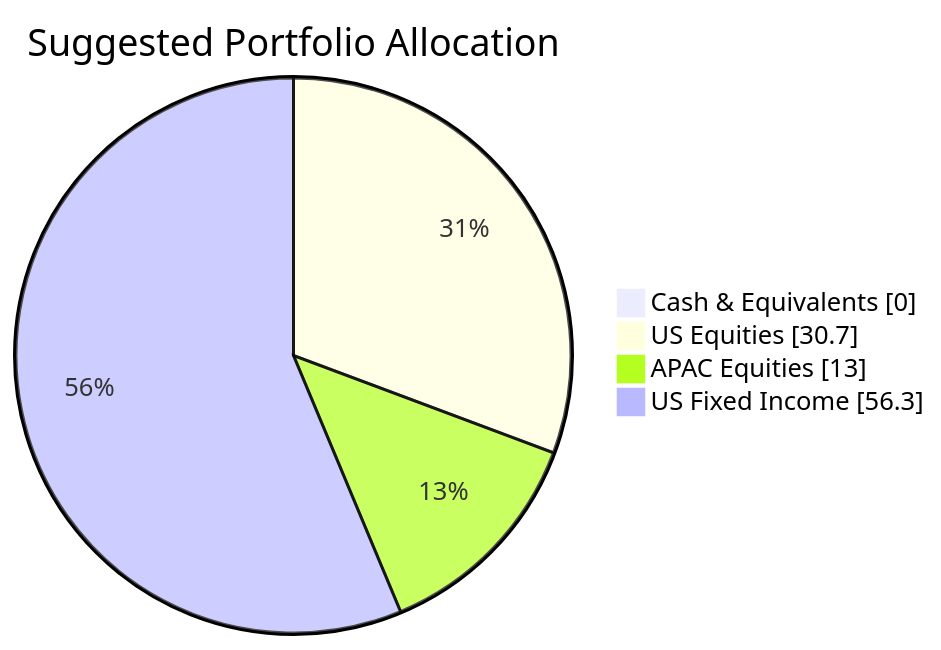
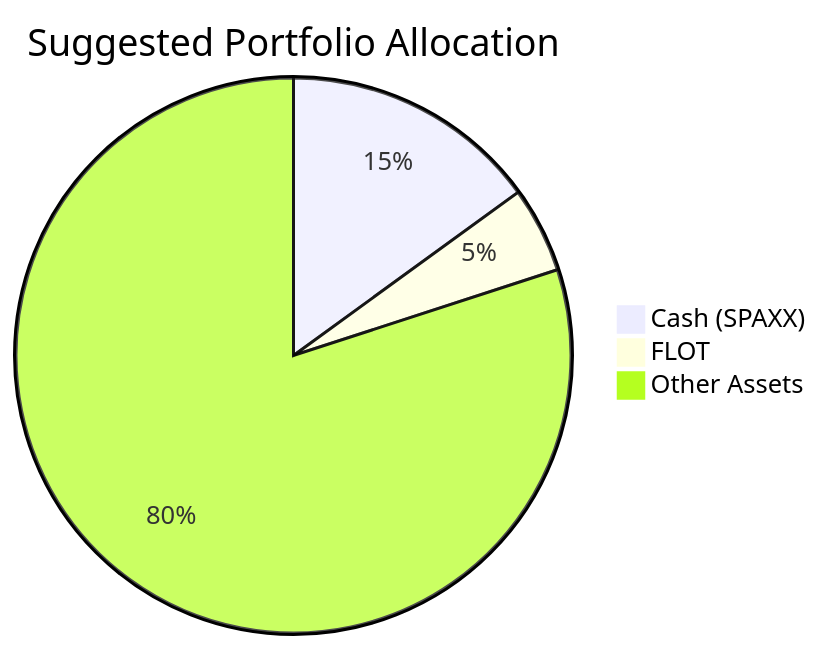
The second of 2 diagrams in docs/sample outputs/client_product_fit_analysis_wl-2.md (roger249/Bot-collaboration), drawn with Mermaid before and after one commit. The commit also changed other lines of this file and 16 other files, not shown here.

````diff
--- a/docs/sample outputs/client_product_fit_analysis_wl-2.md
+++ b/docs/sample outputs/client_product_fit_analysis_wl-2.md
@@ -67,8 +63,6 @@
 ```mermaid
-pie showData
-    title Suggested Portfolio Allocation
-    "Cash & Equivalents" : 0.0
-    "US Equities" : 30.7
-    "APAC Equities" : 13.0
-    "US Fixed Income" : 56.3
+pie title Suggested Portfolio Allocation
+    "Cash (SPAXX)" : 15
+    "FLOT" : 5
+    "Other Assets" : 80
 ```
````
